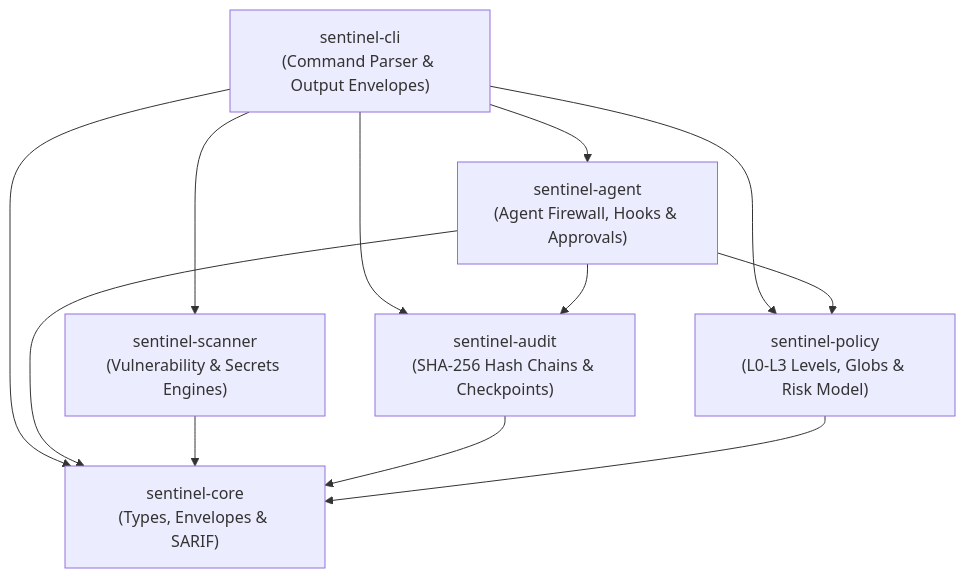
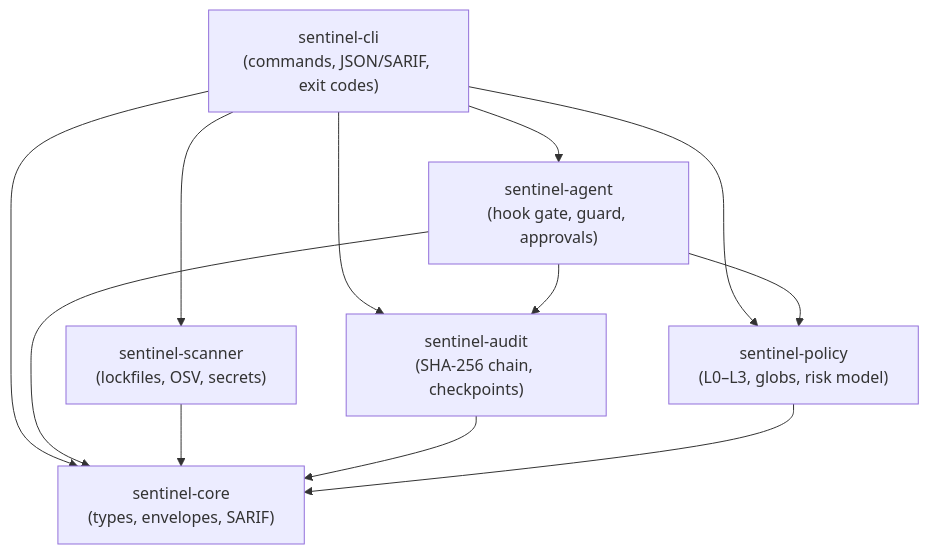
One commit to adriennie/Sentinel-cli changed the third of 3 diagrams in README.md. Above: the diagram before and after it, drawn with Mermaid. The commit also changed other lines of this file and 2 other files, not shown here.

````diff
--- a/README.md
+++ b/README.md
@@ -54,23 +291,21 @@
 ```mermaid
 graph TD
-    CLI["sentinel-cli<br/>(Command Parser & Output Envelopes)"]
-    AGENT["sentinel-agent<br/>(Agent Firewall, Hooks & Approvals)"]
-    SCANNER["sentinel-scanner<br/>(Vulnerability & Secrets Engines)"]
-    AUDIT["sentinel-audit<br/>(SHA-256 Hash Chains & Checkpoints)"]
-    POLICY["sentinel-policy<br/>(L0-L3 Levels, Globs & Risk Model)"]
-    CORE["sentinel-core<br/>(Types, Envelopes & SARIF)"]
+    CLI["sentinel-cli<br/>(commands, JSON/SARIF, exit codes)"]
+    AGENT["sentinel-agent<br/>(hook gate, guard, approvals)"]
+    SCANNER["sentinel-scanner<br/>(lockfiles, OSV, secrets)"]
+    AUDIT["sentinel-audit<br/>(SHA-256 chain, checkpoints)"]
+    POLICY["sentinel-policy<br/>(L0–L3, globs, risk model)"]
+    CORE["sentinel-core<br/>(types, envelopes, SARIF)"]
 
     CLI --> AGENT
     CLI --> SCANNER
     CLI --> AUDIT
     CLI --> POLICY
     CLI --> CORE
-
     AGENT --> POLICY
     AGENT --> AUDIT
     AGENT --> CORE
-
     SCANNER --> CORE
     AUDIT --> CORE
     POLICY --> CORE
 ```
````
